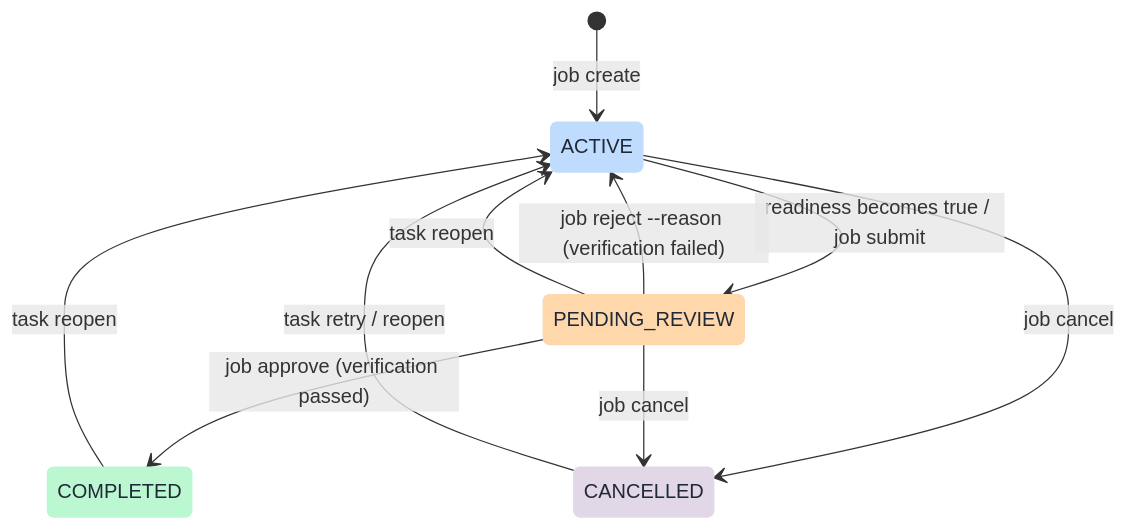
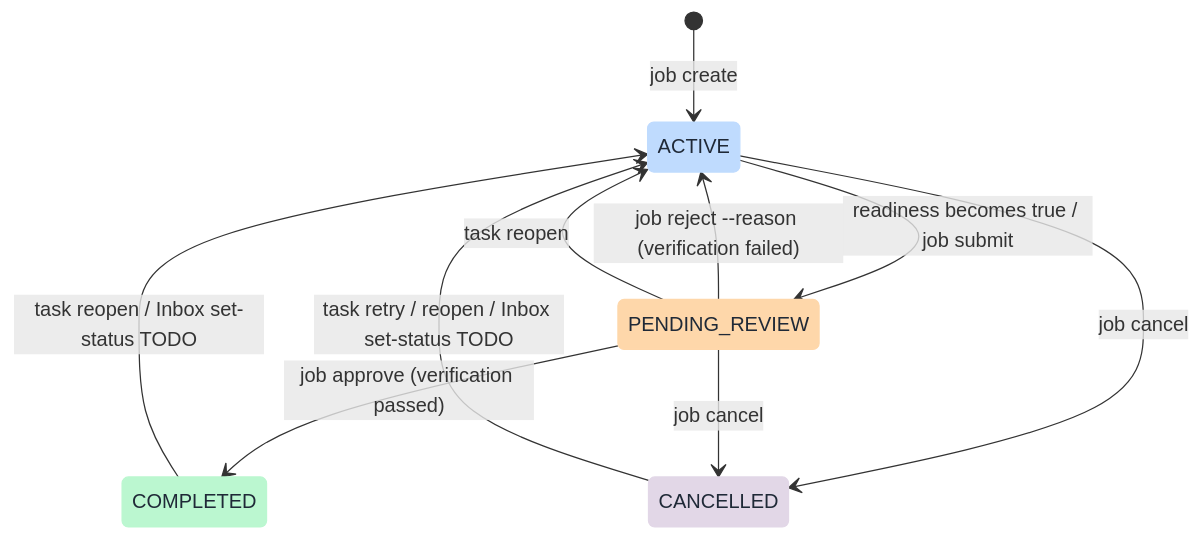
Before and after one commit to tenfyzhong/agentix: the second of 3 diagrams in docs/task-state-machines.md, drawn with Mermaid. The commit also changed other lines of this file and 20 other files, not shown here.

Commit message:
feat: monitor Obsidian Inbox status changes

````diff
--- a/docs/task-state-machines.md
+++ b/docs/task-state-machines.md
@@ -52,20 +52,20 @@
 ```mermaid
 stateDiagram-v2
     [*] --> ACTIVE: job create
     ACTIVE --> PENDING_REVIEW: readiness becomes true / job submit
     PENDING_REVIEW --> COMPLETED: job approve (verification passed)
     PENDING_REVIEW --> ACTIVE: job reject --reason (verification failed)
     PENDING_REVIEW --> ACTIVE: task reopen
-    COMPLETED --> ACTIVE: task reopen
+    COMPLETED --> ACTIVE: task reopen / Inbox set-status TODO
     ACTIVE --> CANCELLED: job cancel
     PENDING_REVIEW --> CANCELLED: job cancel
-    CANCELLED --> ACTIVE: task retry / reopen
+    CANCELLED --> ACTIVE: task retry / reopen / Inbox set-status TODO
     classDef active fill:#bfdbfe,stroke:#bfdbfe,color:#1f2937
     classDef review fill:#fed7aa,stroke:#fed7aa,color:#1f2937
     classDef completed fill:#bbf7d0,stroke:#bbf7d0,color:#1f2937
     classDef cancelled fill:#e2d7e7,stroke:#e2d7e7,color:#1f2937
     class ACTIVE active
     class PENDING_REVIEW review
     class COMPLETED completed
     class CANCELLED cancelled
 ```
````
